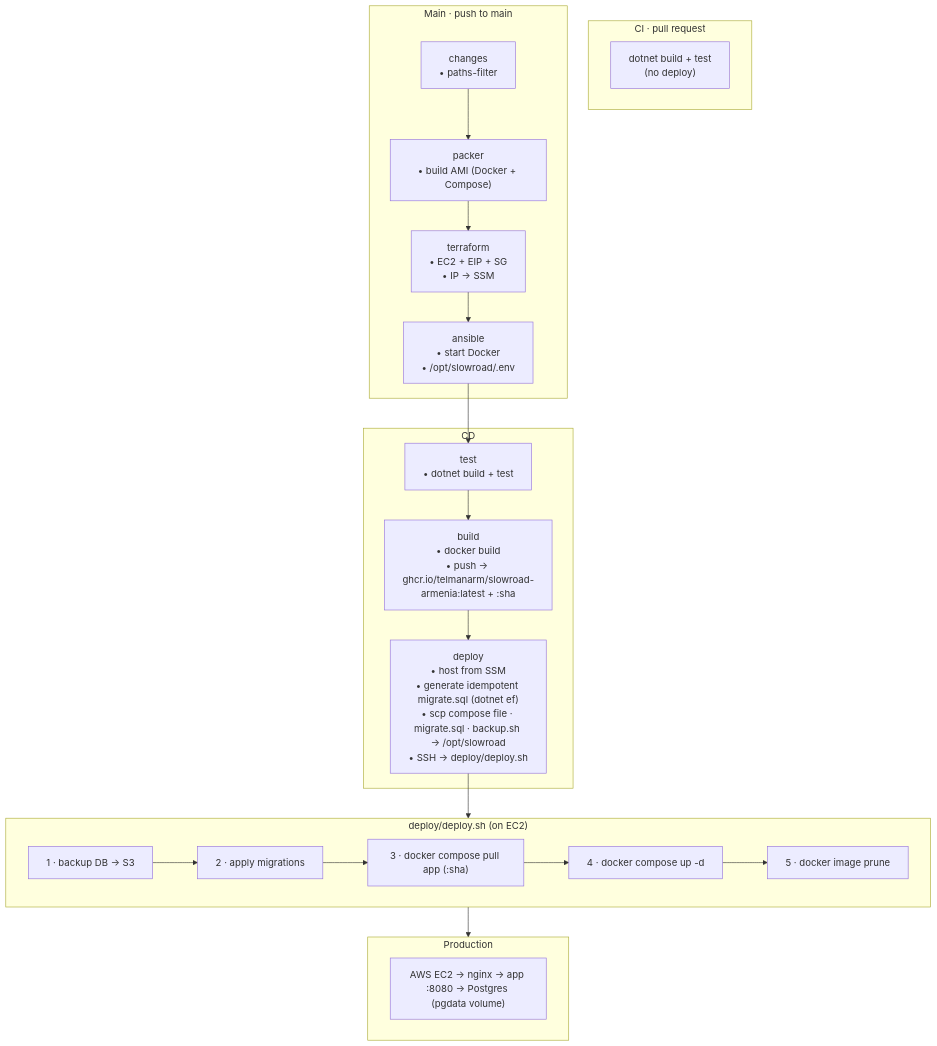
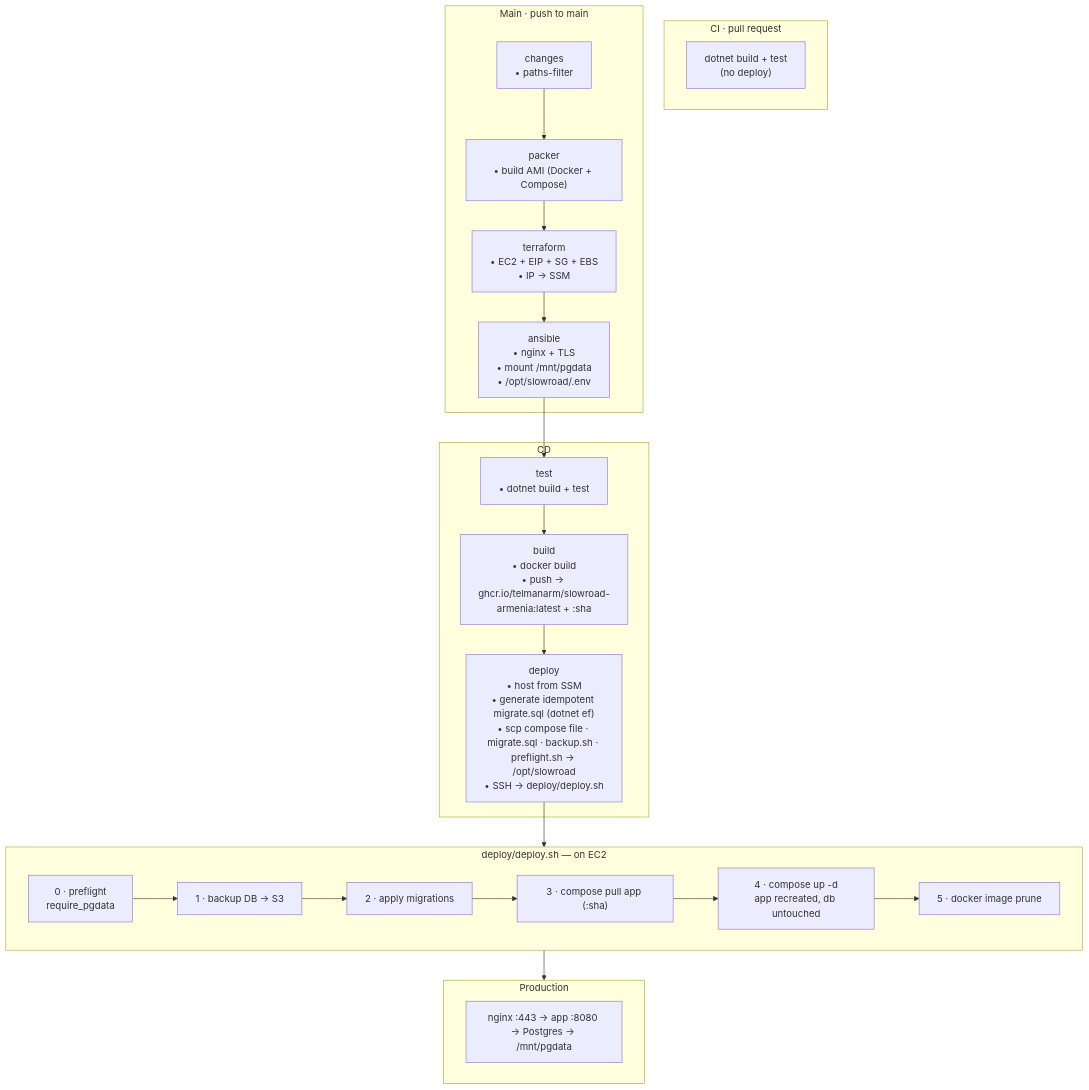
Before and after one commit to TelmanArm/slowroad-armenia: the second of 2 diagrams in README.md, drawn with Mermaid. The commit also changed other lines of this file, not shown here.

````diff
--- a/README.md
+++ b/README.md
@@ -90,37 +259,38 @@
 ```mermaid
 flowchart TD
     subgraph CI["CI · pull request"]
         A["dotnet build + test<br/>(no deploy)"]
     end
 
     subgraph MAIN["Main · push to main"]
         CH["changes<br/>• paths-filter"]
         PK["packer<br/>• build AMI (Docker + Compose)"]
-        TF["terraform<br/>• EC2 + EIP + SG<br/>• IP → SSM"]
-        AN["ansible<br/>• start Docker<br/>• /opt/slowroad/.env"]
+        TF["terraform<br/>• EC2 + EIP + SG + EBS<br/>• IP → SSM"]
+        AN["ansible<br/>• nginx + TLS<br/>• mount /mnt/pgdata<br/>• /opt/slowroad/.env"]
         CH --> PK --> TF --> AN
     end
 
     subgraph CD["CD"]
         B["test<br/>• dotnet build + test"]
         C["build<br/>• docker build<br/>• push → ghcr.io/telmanarm/slowroad-armenia:latest + :sha"]
-        D["deploy<br/>• host from SSM<br/>• generate idempotent migrate.sql (dotnet ef)<br/>• scp compose file · migrate.sql · backup.sh → /opt/slowroad<br/>• SSH → deploy/deploy.sh"]
+        D["deploy<br/>• host from SSM<br/>• generate idempotent migrate.sql (dotnet ef)<br/>• scp compose file · migrate.sql · backup.sh · preflight.sh → /opt/slowroad<br/>• SSH → deploy/deploy.sh"]
         B --> C --> D
     end
 
-    subgraph SH["deploy/deploy.sh (on EC2)"]
+    subgraph SH["deploy/deploy.sh — on EC2"]
+        S0["0 · preflight<br/>require_pgdata"]
         S1["1 · backup DB → S3"]
         S2["2 · apply migrations"]
-        S3["3 · docker compose pull app (:sha)"]
-        S4["4 · docker compose up -d"]
+        S3["3 · compose pull app (:sha)"]
+        S4["4 · compose up -d<br/>app recreated, db untouched"]
         S5["5 · docker image prune"]
-        S1 --> S2 --> S3 --> S4 --> S5
+        S0 --> S1 --> S2 --> S3 --> S4 --> S5
     end
 
     subgraph PROD["Production"]
-        P["AWS EC2 → nginx → app :8080 → Postgres (pgdata volume)"]
+        P["nginx :443 → app :8080 → Postgres → /mnt/pgdata"]
     end
 
     AN --> B
     D --> SH --> PROD
 ```
````
